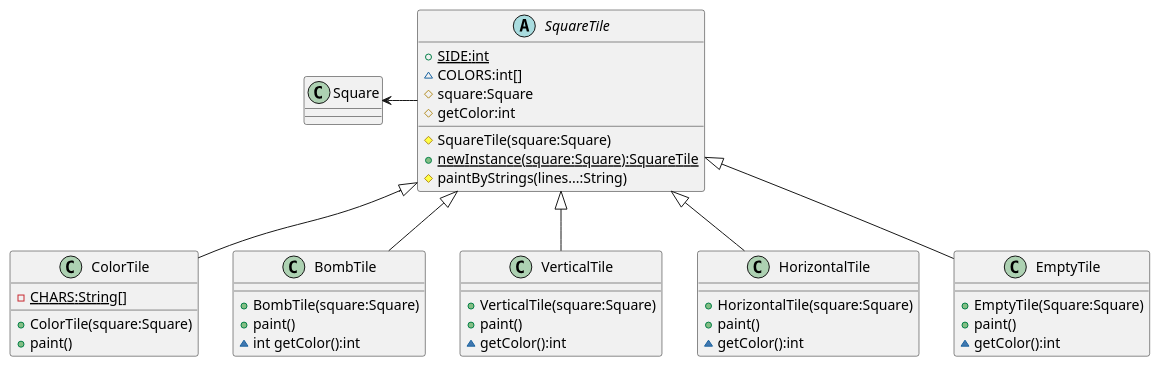
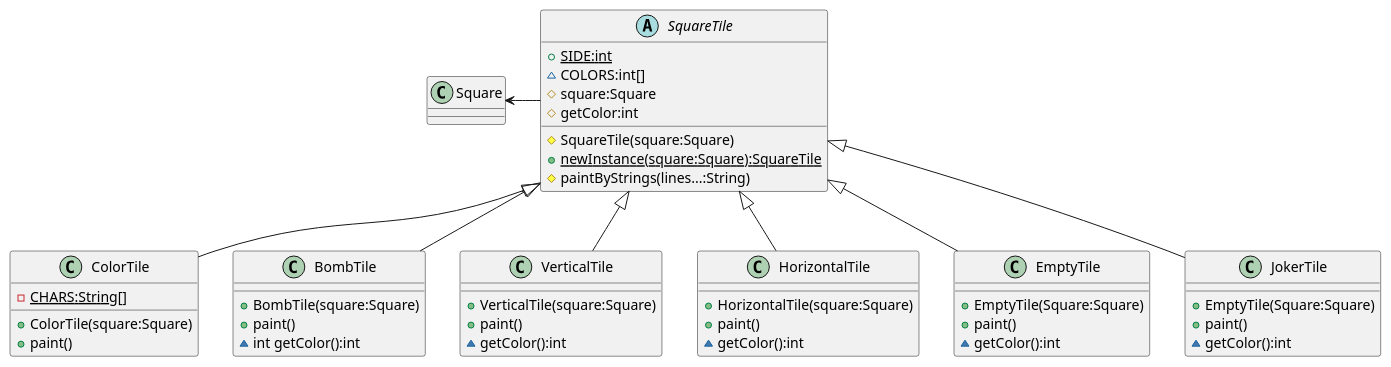
Before and after one commit to sikandre/ISEL-LEIC-1718i-Squares: the diagram in src/UML_SquaresConsole_View.puml, drawn with PlantUML. The commit also changed 1 other file, not shown here.

Commit message:
UML actualizado com JokerTile

```diff
--- a/src/UML_SquaresConsole_View.puml
+++ b/src/UML_SquaresConsole_View.puml
@@ -1,52 +1,58 @@
 @startuml
 
 Square <- SquareTile
 
 abstract class SquareTile {
     +{static}SIDE:int
     ~COLORS:int[]
     #square:Square
     #SquareTile(square:Square)
     #getColor:int
     +{static}newInstance(square:Square):SquareTile
     #paintByStrings(lines...:String)
 }
 
 class ColorTile {
     -{static}CHARS:String[]
     +ColorTile(square:Square)
     +paint()
 }
 
 class BombTile {
     +BombTile(square:Square)
     +paint()
     ~int getColor():int
 }
 
 class VerticalTile {
     +VerticalTile(square:Square)
     +paint()
     ~getColor():int
 }
 
 class HorizontalTile {
     +HorizontalTile(square:Square)
     +paint()
     ~getColor():int
 }
 
 class EmptyTile {
     +EmptyTile(Square:Square)
     +paint()
     ~getColor():int
 }
+class JokerTile {
+     +EmptyTile(Square:Square)
+     +paint()
+     ~getColor():int
+ }
 
 SquareTile <|-- ColorTile
 SquareTile <|-- BombTile
 SquareTile <|-- VerticalTile
 SquareTile <|-- HorizontalTile
 SquareTile <|-- EmptyTile
+SquareTile <|-- JokerTile
 
 
 @enduml
```
